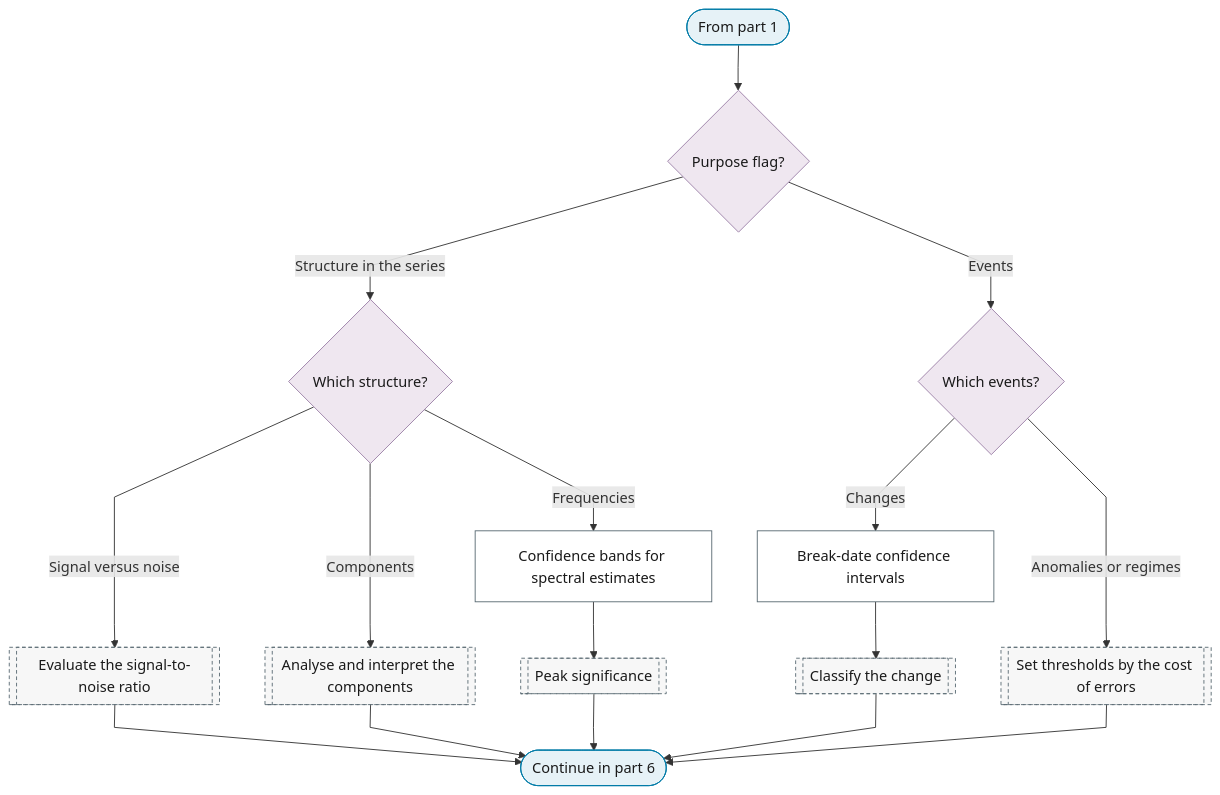
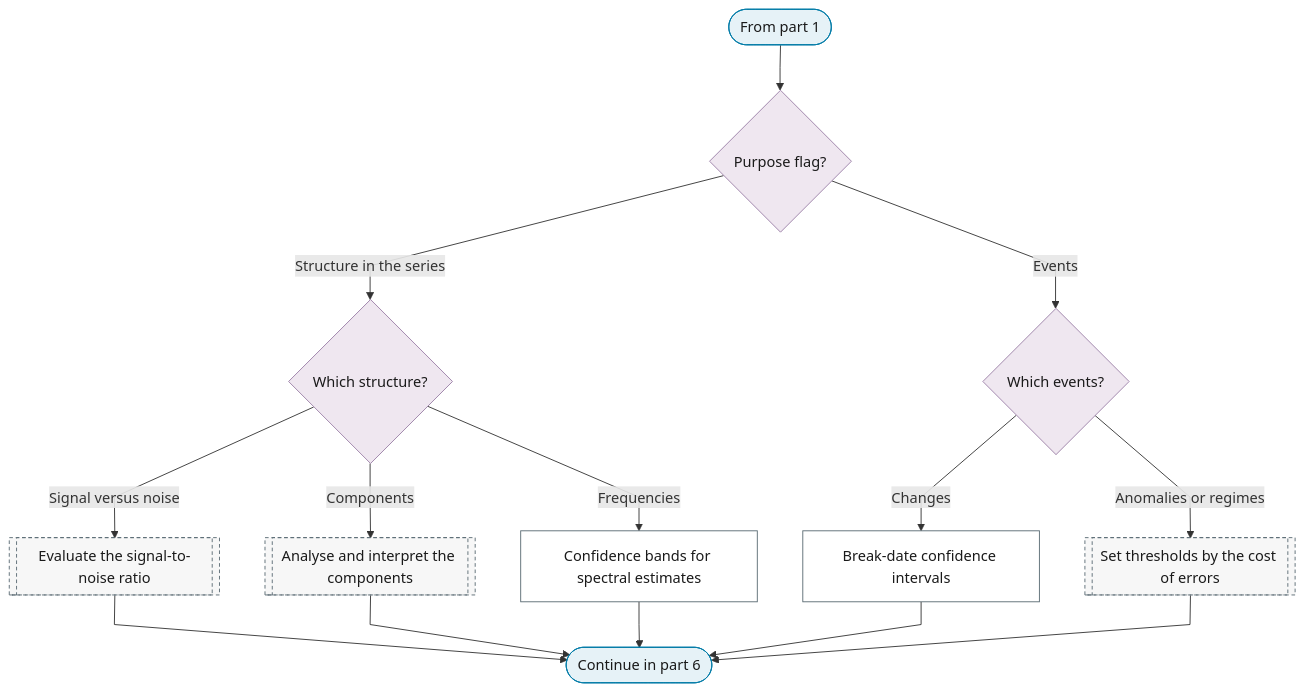
One commit to Shuxin-Y/time-series-analysis-manual changed the fourth of 6 diagrams in docs/01-workflow/p11-inference.md. Above: the diagram before and after it, drawn with Mermaid. The commit also changed other lines of this file and 20 other files, not shown here.

First line of the commit message:
fix(charts): one placement per purpose leaf; branch table; exits and labels

````diff
--- a/docs/01-workflow/p11-inference.md
+++ b/docs/01-workflow/p11-inference.md
@@ -101,27 +104,25 @@
 ```mermaid
 %%{init: {"flowchart": {"curve": "linear"}}}%%
 graph TD
     P11_PART_4_IN(["From part 1"]) --> P11_PURPOSE_4{"Purpose flag?"}
     P11_PURPOSE_4 -->|"Structure in the series"| P11_STRUCTURE{"Which structure?"}
     P11_PURPOSE_4 -->|"Events"| P11_EVENTS{"Which events?"}
     P11_STRUCTURE -->|"Signal versus noise"| P0_SE_SNR[["Evaluate the signal-to-noise ratio"]]
     P11_STRUCTURE -->|"Components"| P0_DC_COMPONENT_ANALYSIS[["Analyse and interpret the components"]]
     P11_STRUCTURE -->|"Frequencies"| P11_SPECTRAL_BANDS["Confidence bands for spectral estimates"]
-    P11_SPECTRAL_BANDS --> P0_SP_PEAK_SIGNIFICANCE[["Peak significance"]]
     P11_EVENTS -->|"Changes"| P11_BREAK_DATE_CI["Break-date confidence intervals"]
-    P11_BREAK_DATE_CI --> P0_CP_TYPE[["Classify the change"]]
     P11_EVENTS -->|"Anomalies or regimes"| P0_AN_THRESHOLD[["Set thresholds by the cost of errors"]]
-    P0_SE_SNR & P0_DC_COMPONENT_ANALYSIS & P0_SP_PEAK_SIGNIFICANCE & P0_CP_TYPE & P0_AN_THRESHOLD --> P11_PART_4_OUT(["Continue in part 6"])
+    P0_SE_SNR & P0_DC_COMPONENT_ANALYSIS & P11_SPECTRAL_BANDS & P11_BREAK_DATE_CI & P0_AN_THRESHOLD --> P11_PART_4_OUT(["Continue in part 6"])
     class P11_PART_4_IN,P11_PART_4_OUT terminator
     class P11_PURPOSE_4,P11_STRUCTURE,P11_EVENTS decision
     class P11_SPECTRAL_BANDS,P11_BREAK_DATE_CI process
-    class P0_SE_SNR,P0_DC_COMPONENT_ANALYSIS,P0_SP_PEAK_SIGNIFICANCE,P0_CP_TYPE,P0_AN_THRESHOLD ref
+    class P0_SE_SNR,P0_DC_COMPONENT_ANALYSIS,P0_AN_THRESHOLD ref
     classDef terminator fill:#E6F2F7,stroke:#007BA7,color:#1A1A1A;
     classDef process fill:#FFFFFF,stroke:#5A6B73,color:#1A1A1A;
     classDef decision fill:#EFE7F0,stroke:#9B7FA7,color:#1A1A1A;
     classDef data fill:#FFF4E0,stroke:#C9A55E,color:#1A1A1A;
     classDef good fill:#DCEFD8,stroke:#4A7A3F,color:#1A1A1A;
     classDef escalate fill:#FFE9C2,stroke:#C9A55E,color:#1A1A1A;
     classDef problem fill:#F2D9DE,stroke:#800020,color:#1A1A1A;
     classDef ref fill:#F7F7F7,stroke:#5A6B73,color:#1A1A1A,stroke-dasharray:4 3;
 ```
````
